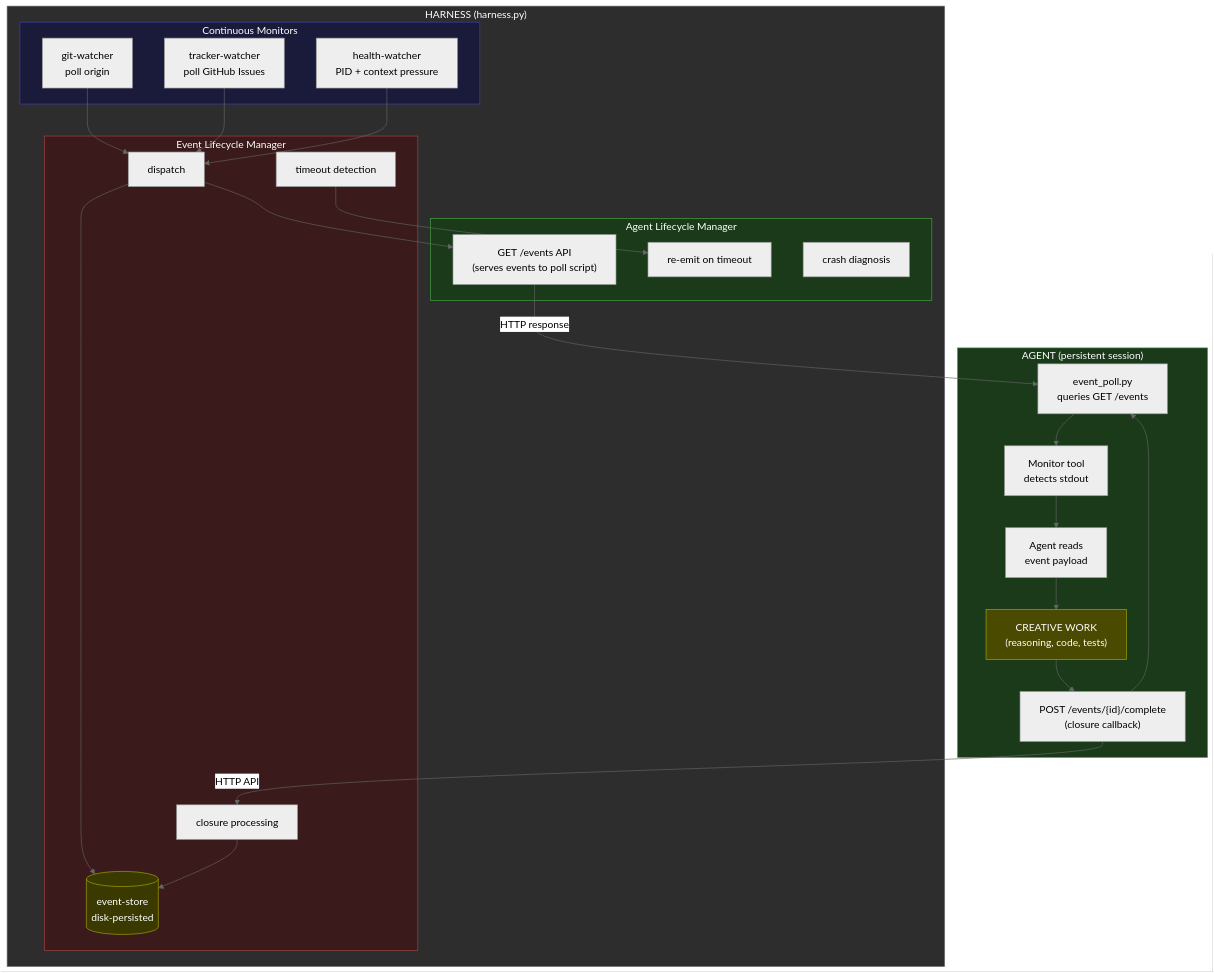
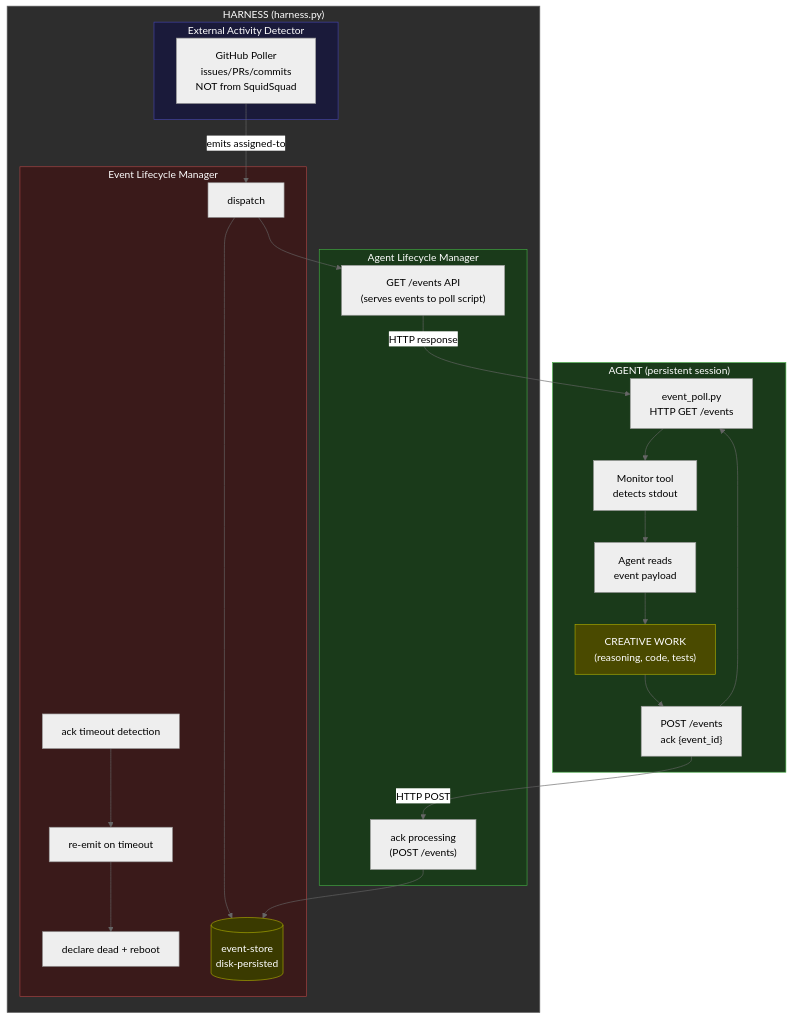
Before and after one commit to WallyDoodlez/SquidSquad: the third of 6 diagrams in .squidsquad/pm/planning/FEAT-PM-7630-PRD.md, drawn with Mermaid (neutral theme). The commit also changed other lines of this file, not shown here.

Commit message:
pm: #7630 — PRD v2: full rewrite with 5-event model, ack closure, external activity detector (35 consistency fixes applied)

````diff
--- a/.squidsquad/pm/planning/FEAT-PM-7630-PRD.md
+++ b/.squidsquad/pm/planning/FEAT-PM-7630-PRD.md
@@ -167,47 +171,44 @@
 ```mermaid
 graph TB
     subgraph HARNESS["HARNESS (harness.py)"]
-        subgraph MONITORS["Continuous Monitors"]
-            GIT[git-watcher<br/>poll origin]
-            TRACKER[tracker-watcher<br/>poll GitHub Issues]
-            HEALTH[health-watcher<br/>PID + context pressure]
+        subgraph MONITORS["External Activity Detector"]
+            GITHUB[GitHub Poller<br/>issues/PRs/commits<br/>NOT from SquidSquad]
         end
         subgraph LIFECYCLE["Event Lifecycle Manager"]
             DISPATCH[dispatch]
-            TIMEOUT[timeout detection]
-            CLOSURE[closure processing]
+            TIMEOUT[ack timeout detection]
+            RETRY[re-emit on timeout]
+            ESCALATE[declare dead + reboot]
             STORE[(event-store<br/>disk-persisted)]
         end
         subgraph AGENT_MGR["Agent Lifecycle Manager"]
             API_SERVE["GET /events API<br/>(serves events to poll script)"]
-            REEMIT[re-emit on timeout]
-            DIAGNOSE[crash diagnosis]
+            ACK_PROC["ack processing<br/>(POST /events)"]
         end
-        GIT --> DISPATCH
-        TRACKER --> DISPATCH
-        HEALTH --> DISPATCH
+        GITHUB -->|"emits assigned-to"| DISPATCH
         DISPATCH --> STORE
         DISPATCH --> API_SERVE
-        TIMEOUT --> REEMIT
-        CLOSURE --> STORE
+        TIMEOUT --> RETRY
+        RETRY --> ESCALATE
+        ACK_PROC --> STORE
     end
 
     subgraph AGENT_A["AGENT (persistent session)"]
-        POLL["event_poll.py<br/>queries GET /events"] --> MONITOR_A["Monitor tool<br/>detects stdout"]
+        POLL["event_poll.py<br/>HTTP GET /events"] --> MONITOR_A["Monitor tool<br/>detects stdout"]
         MONITOR_A --> READ_A["Agent reads<br/>event payload"]
         READ_A --> CREATIVE_A["CREATIVE WORK<br/>(reasoning, code, tests)"]
-        CREATIVE_A --> CLOSE_A["POST /events/{id}/complete<br/>(closure callback)"]
-        CLOSE_A --> POLL
+        CREATIVE_A --> ACK_A["POST /events<br/>ack {event_id}"]
+        ACK_A --> POLL
     end
 
     API_SERVE -->|"HTTP response"| POLL
-    CLOSE_A -->|"HTTP API"| CLOSURE
+    ACK_A -->|"HTTP POST"| ACK_PROC
 
     style HARNESS fill:#2d2d2d,stroke:#666,color:#fff
     style MONITORS fill:#1a1a3a,stroke:#44a,color:#fff
     style LIFECYCLE fill:#3a1a1a,stroke:#a44,color:#fff
     style AGENT_MGR fill:#1a3a1a,stroke:#4a4,color:#fff
     style AGENT_A fill:#1a3a1a,stroke:#4a4,color:#fff
     style CREATIVE_A fill:#4a4a00,stroke:#aa0,color:#fff
     style STORE fill:#3a3a00,stroke:#aa0,color:#fff
 ```
````
